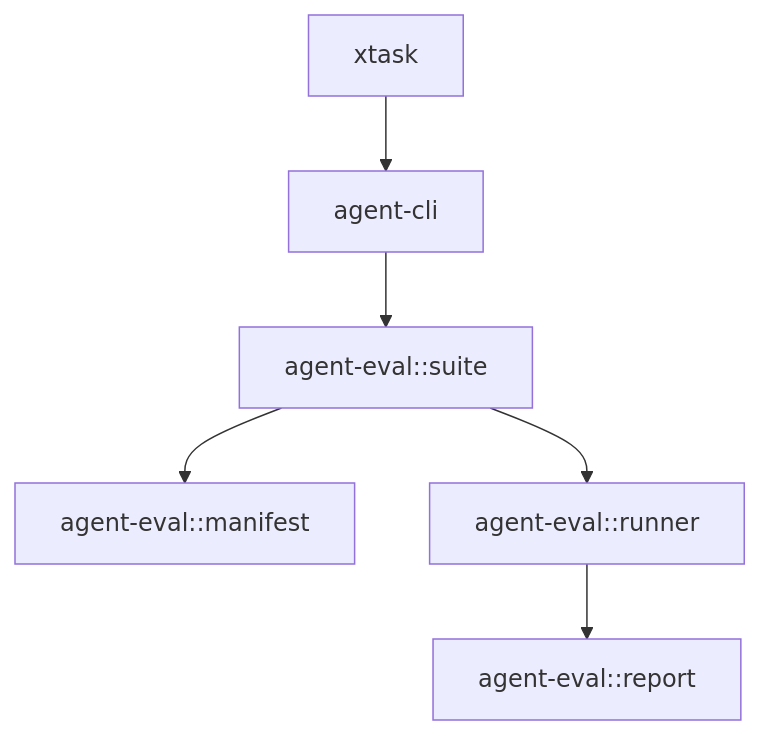
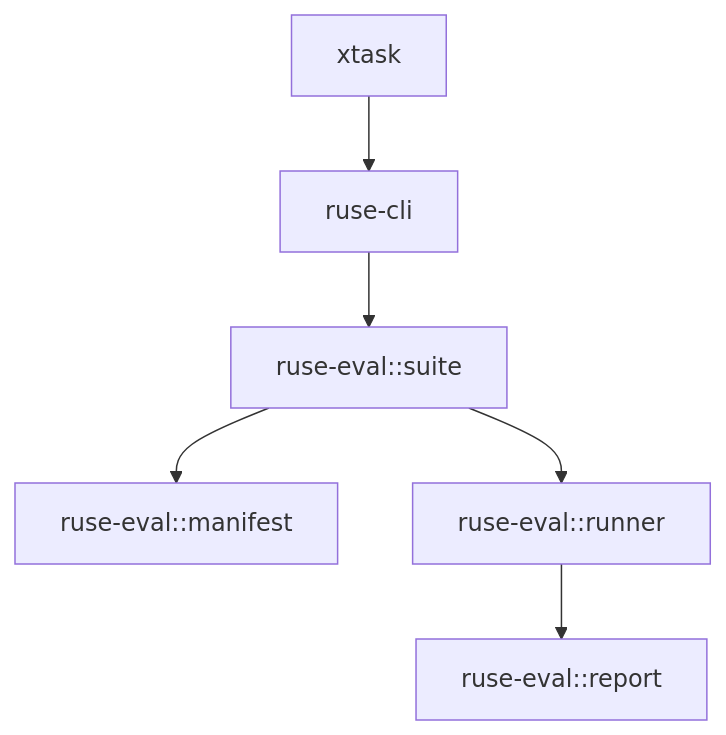
The diagram in docs/specs/M28-00-evaluation-corpus-technical-design.spec.md (poneding/agent), drawn with Mermaid before and after one commit. The commit also changed other lines of this file and 2091 other files, not shown here.

First line of the commit message:
refactor: rename agent branding to ruse

````diff
--- a/docs/specs/M28-00-evaluation-corpus-technical-design.spec.md
+++ b/docs/specs/M28-00-evaluation-corpus-technical-design.spec.md
@@ -33,8 +33,8 @@
 ```mermaid
 flowchart TD
-  Suite["agent-eval::suite"] --> Manifest["agent-eval::manifest"]
-  Suite --> Runner["agent-eval::runner"]
-  Runner --> Report["agent-eval::report"]
-  CLI["agent-cli"] --> Suite
+  Suite["ruse-eval::suite"] --> Manifest["ruse-eval::manifest"]
+  Suite --> Runner["ruse-eval::runner"]
+  Runner --> Report["ruse-eval::report"]
+  CLI["ruse-cli"] --> Suite
   Xtask["xtask"] --> CLI
 ```
````
